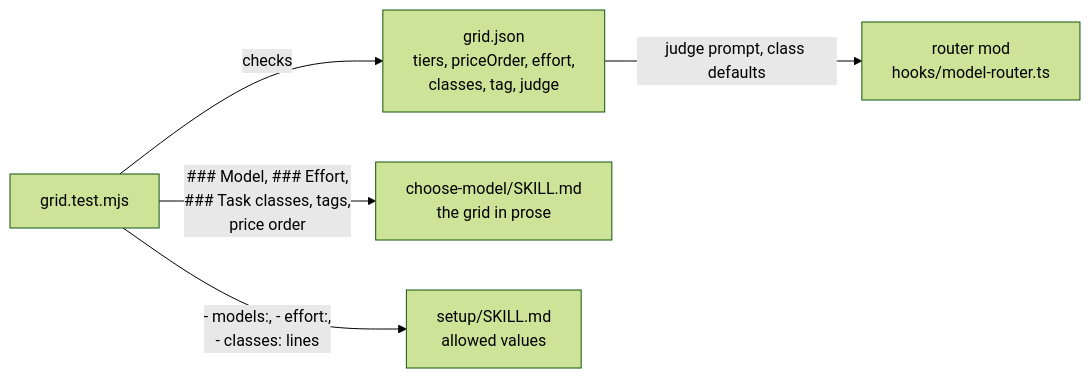
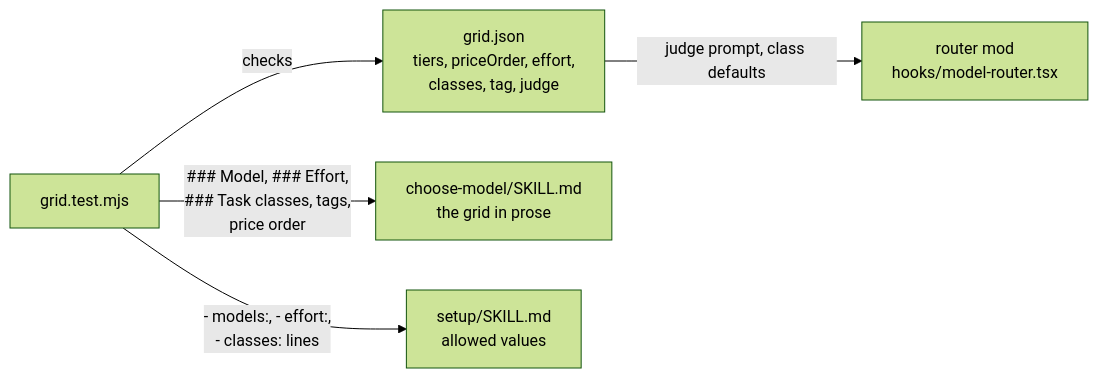
One commit to MrBogomips/agent-orchestration changed the seventh of 7 diagrams in docs/architecture.md. Above: the diagram before and after it, drawn with Mermaid (forest theme). The commit also changed other lines of this file, not shown here.

Commit message:
docs: commands of both plugins in the architecture

````diff
--- a/docs/architecture.md
+++ b/docs/architecture.md
@@ -657,12 +658,12 @@
 ```mermaid
 flowchart LR
   grid["grid.json<br/>tiers, priceOrder, effort,<br/>classes, tag, judge"]
   choose["choose-model/SKILL.md<br/>the grid in prose"]
   setup["setup/SKILL.md<br/>allowed values"]
   test["grid.test.mjs"]
-  router["router mod<br/>hooks/model-router.ts"]
+  router["router mod<br/>hooks/model-router.tsx"]
   test -->|checks| grid
   test -->|"### Model, ### Effort,<br/>### Task classes, tags,<br/>price order"| choose
   test -->|"- models:, - effort:,<br/>- classes: lines"| setup
   grid -->|judge prompt, class defaults| router
 ```
````
